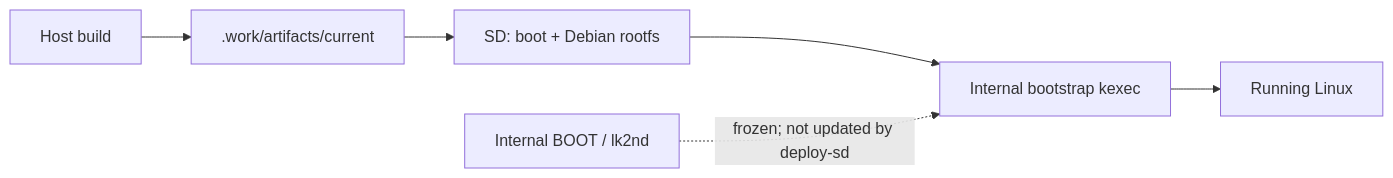
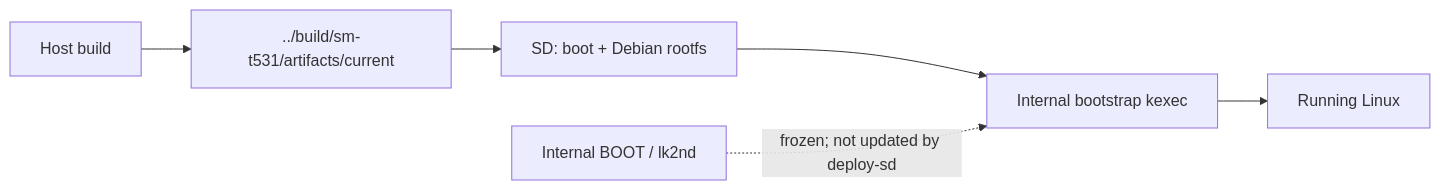
Before and after one commit to BlackF1re/sm-t531-mainline: the diagram in docs/BUILD-DEPLOY.md, drawn with Mermaid. The commit also changed other lines of this file and 27 other files, not shown here.

First line of the commit message:
chore: preserve verified graphics sources and retire the work directory

````diff
--- a/docs/BUILD-DEPLOY.md
+++ b/docs/BUILD-DEPLOY.md
@@ -57,8 +57,8 @@
 ```mermaid
 flowchart LR
-  H["Host build"] --> A[".work/artifacts/current"]
+  H["Host build"] --> A["../build/sm-t531/artifacts/current"]
   A --> S["SD: boot + Debian rootfs"]
   S --> K["Internal bootstrap kexec"]
   K --> L["Running Linux"]
   I["Internal BOOT / lk2nd"] -. "frozen; not updated by deploy-sd" .-> K
 ```
````
